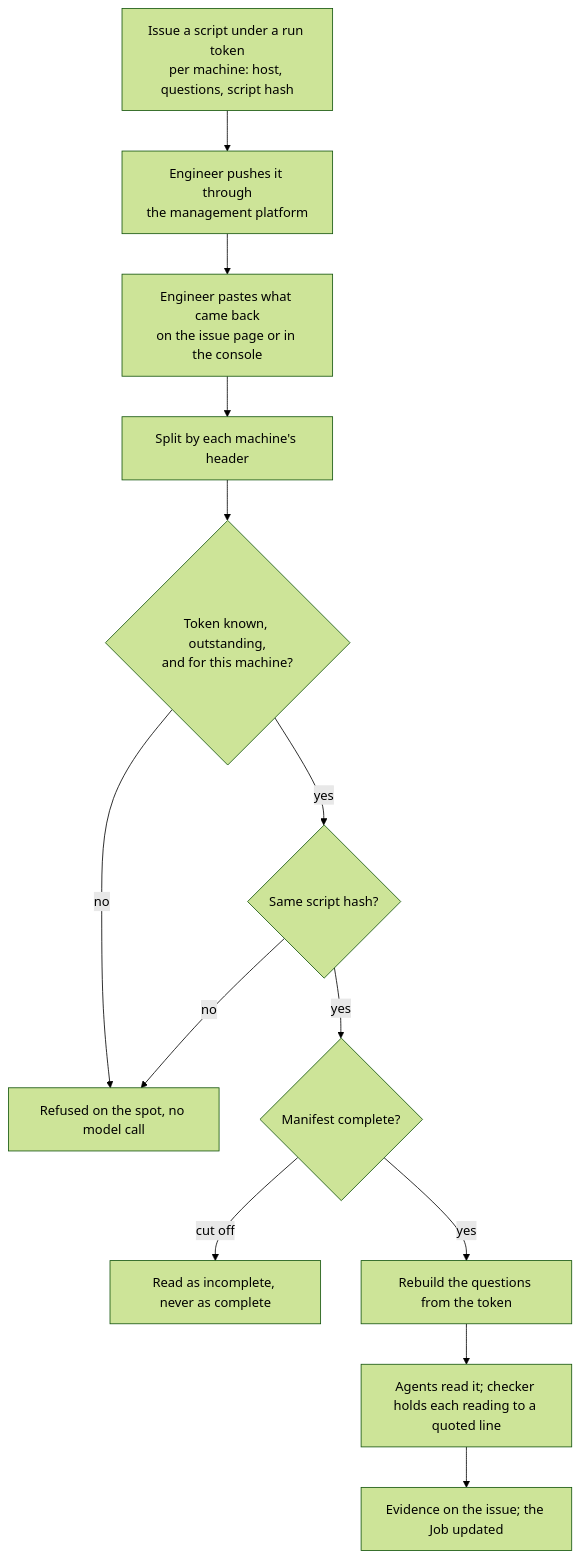
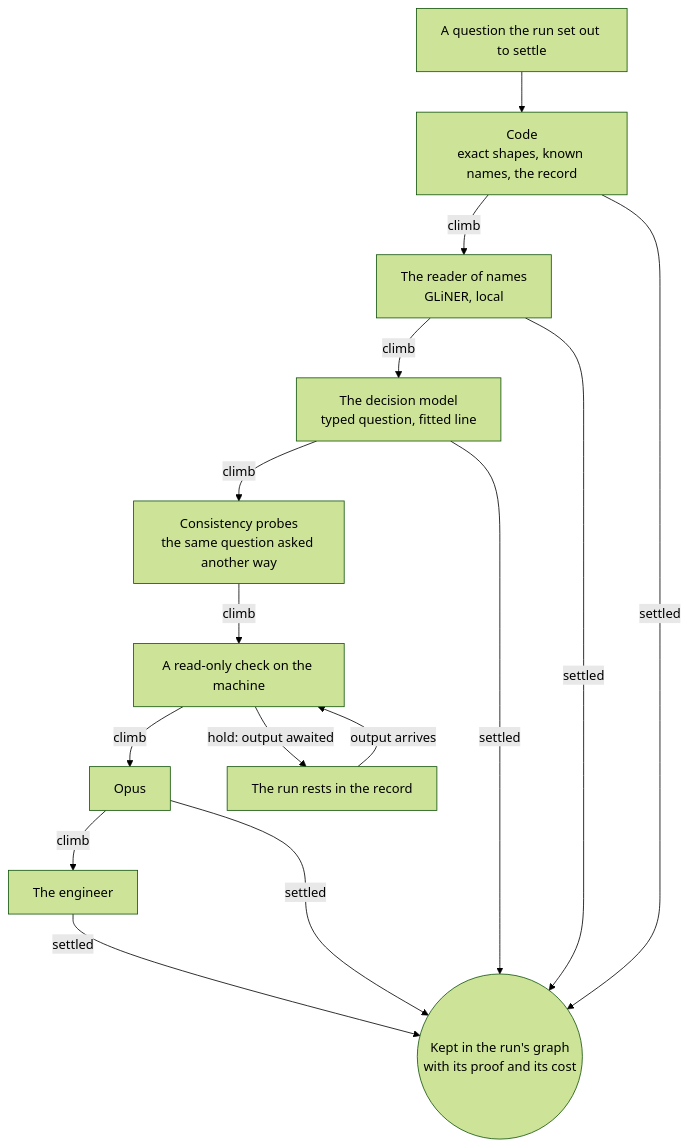
Before and after one commit to RyanH-sudo/ninjatoolkit-case-study: the fourth of 5 diagrams in CASE_STUDY.md, drawn with Mermaid (forest theme). The commit also changed other lines of this file and 43 other files, not shown here.

````diff
--- a/CASE_STUDY.md
+++ b/CASE_STUDY.md
@@ -885,15 +832,17 @@
 ```mermaid
 flowchart TB
-    ISS["Issue a script under a run token<br/>per machine: host, questions, script hash"] --> RUN["Engineer pushes it through<br/>the management platform"]
-    RUN --> PST["Engineer pastes what came back<br/>on the issue page or in the console"]
-    PST --> SPL["Split by each machine's header"]
-    SPL --> TOK{"Token known, outstanding,<br/>and for this machine?"}
-    TOK -- no --> REJ["Refused on the spot, no model call"]
-    TOK -- yes --> SHA{"Same script hash?"}
-    SHA -- no --> REJ
-    SHA -- yes --> MAN{"Manifest complete?"}
-    MAN -- "cut off" --> PART["Read as incomplete, never as complete"]
-    MAN -- yes --> REB["Rebuild the questions from the token"]
-    REB --> CHK["Agents read it; checker holds each reading to a quoted line"]
-    CHK --> EVD["Evidence on the issue; the Job updated"]
+    Q["A question the run set out to settle"] --> C["Code<br/>exact shapes, known names, the record"]
+    C -->|climb| N["The reader of names<br/>GLiNER, local"]
+    N -->|climb| D["The decision model<br/>typed question, fitted line"]
+    D -->|climb| P["Consistency probes<br/>the same question asked another way"]
+    P -->|climb| K["A read-only check on the machine"]
+    K -->|climb| O["Opus"]
+    O -->|climb| E["The engineer"]
+    C -->|settled| S(("Kept in the run's graph<br/>with its proof and its cost"))
+    N -->|settled| S
+    D -->|settled| S
+    K -->|hold: output awaited| H["The run rests in the record"]
+    H -->|output arrives| K
+    O -->|settled| S
+    E -->|settled| S
 ```
````
